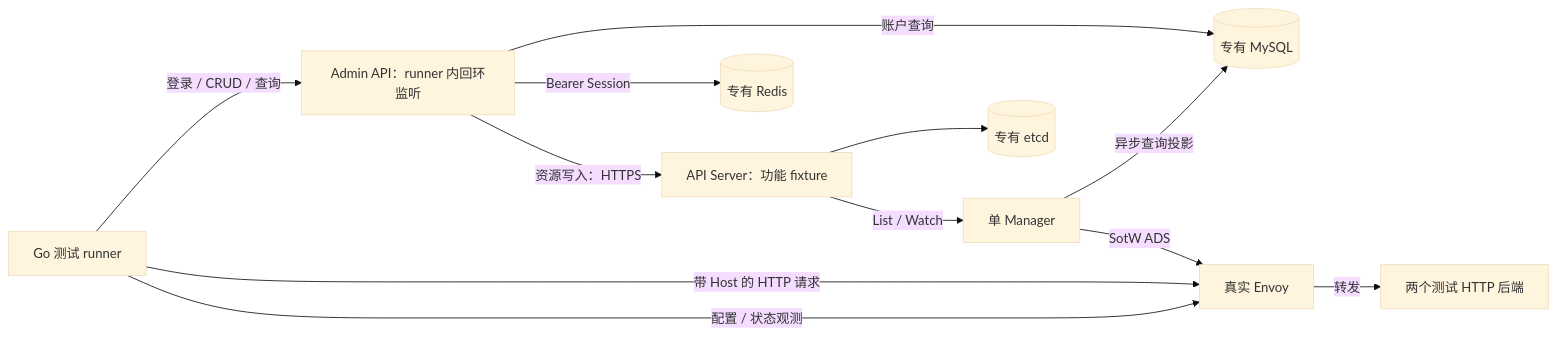
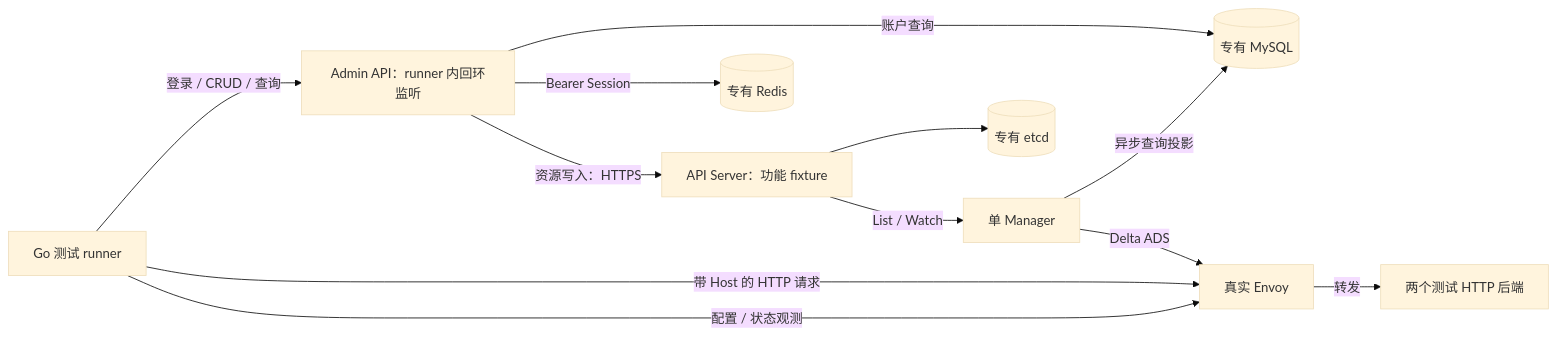
Before and after one commit to lgc202/ingate: the diagram in docs/design/http-gateway-validation-plan.md, drawn with Mermaid (base theme). The commit also changed 11 other files, not shown here.

Commit message:
feat(xds): 接入 Envoy Delta ADS 与版本恢复

````diff
--- a/docs/design/http-gateway-validation-plan.md
+++ b/docs/design/http-gateway-validation-plan.md
@@ -26,14 +26,14 @@
 ```mermaid
 flowchart LR
     T[Go 测试 runner] -->|登录 / CRUD / 查询| A[Admin API：runner 内回环监听]
     A -->|账户查询| M[(专有 MySQL)]
     A -->|Bearer Session| R[(专有 Redis)]
     A -->|资源写入：HTTPS| S[API Server：功能 fixture]
     S --> E[(专有 etcd)]
     S -->|List / Watch| C[单 Manager]
     C -->|异步查询投影| M
-    C -->|SotW ADS| V[真实 Envoy]
+    C -->|Delta ADS| V[真实 Envoy]
     T -->|带 Host 的 HTTP 请求| V
     V -->|转发| B[两个测试 HTTP 后端]
     T -->|配置 / 状态观测| V
 ```
````
